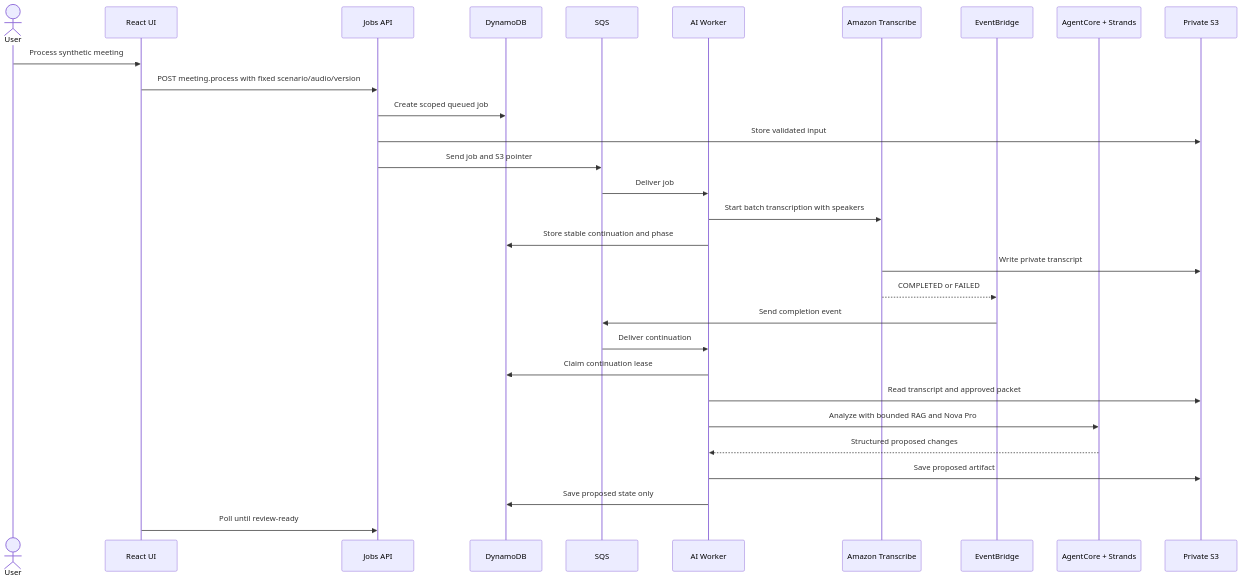
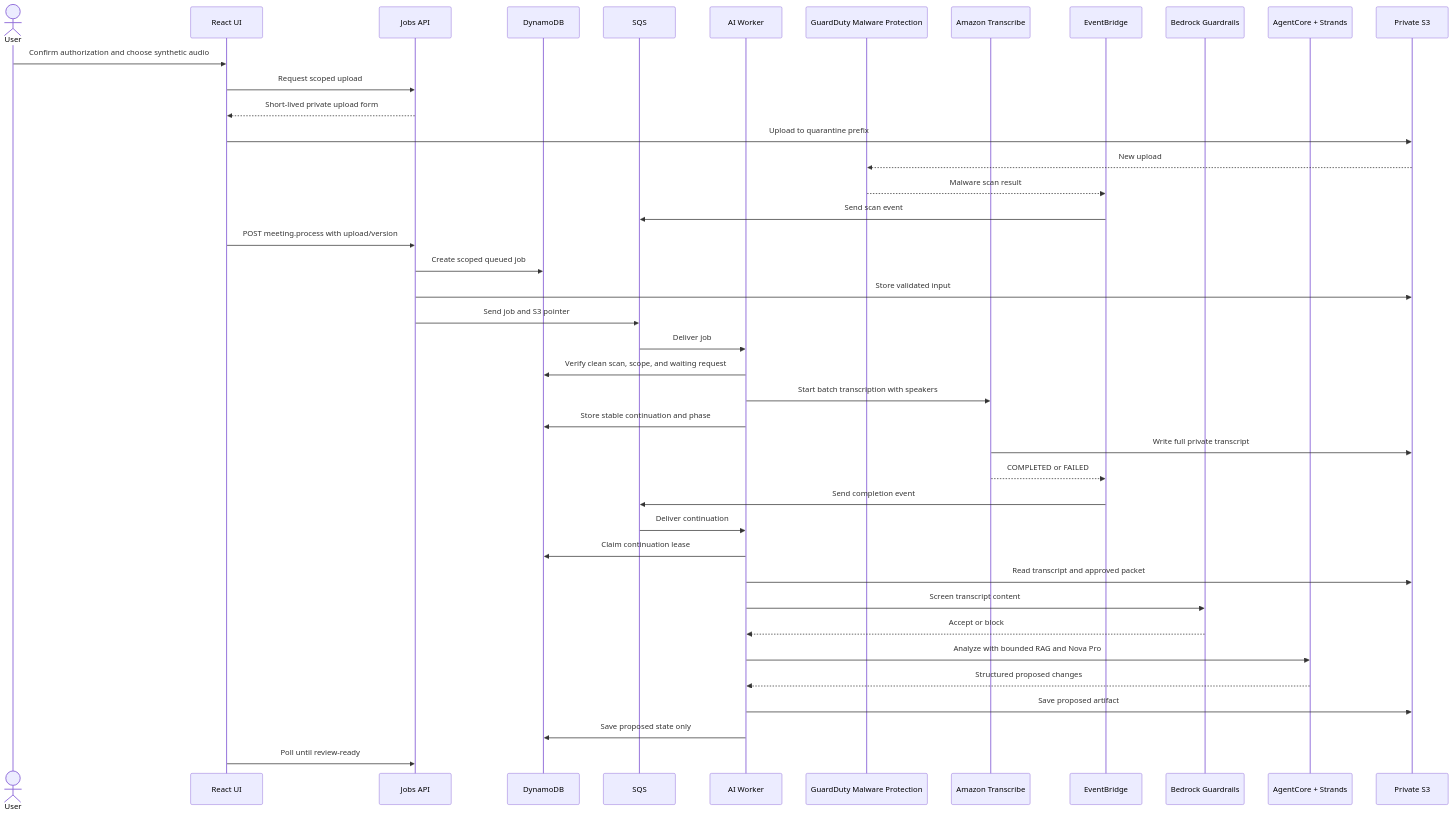
Before and after one commit to aadams35/Pilarprep: the diagram in docs/agentic-rag-meeting-intelligence.md, drawn with Mermaid. The commit also changed other lines of this file and 23 other files, not shown here.

Commit message:
feat: secure meeting audio with malware and content screening

```diff
--- a/docs/agentic-rag-meeting-intelligence.md
+++ b/docs/agentic-rag-meeting-intelligence.md
@@ -151,33 +153,44 @@
 ~~~mermaid
 sequenceDiagram
     actor User
     participant UI as React UI
     participant API as Jobs API
     participant DDB as DynamoDB
     participant Q as SQS
     participant W as AI Worker
+    participant GD as GuardDuty Malware Protection
     participant T as Amazon Transcribe
     participant EB as EventBridge
+    participant GR as Bedrock Guardrails
     participant AC as AgentCore + Strands
     participant S3 as Private S3
 
-    User->>UI: Process synthetic meeting
-    UI->>API: POST meeting.process with fixed scenario/audio/version
+    User->>UI: Confirm authorization and choose synthetic audio
+    UI->>API: Request scoped upload
+    API-->>UI: Short-lived private upload form
+    UI->>S3: Upload to quarantine prefix
+    S3-->>GD: New upload
+    GD-->>EB: Malware scan result
+    EB->>Q: Send scan event
+    UI->>API: POST meeting.process with upload/version
     API->>DDB: Create scoped queued job
     API->>S3: Store validated input
     API->>Q: Send job and S3 pointer
     Q->>W: Deliver job
+    W->>DDB: Verify clean scan, scope, and waiting request
     W->>T: Start batch transcription with speakers
     W->>DDB: Store stable continuation and phase
-    T->>S3: Write private transcript
+    T->>S3: Write full private transcript
     T-->>EB: COMPLETED or FAILED
     EB->>Q: Send completion event
     Q->>W: Deliver continuation
     W->>DDB: Claim continuation lease
     W->>S3: Read transcript and approved packet
+    W->>GR: Screen transcript content
+    GR-->>W: Accept or block
     W->>AC: Analyze with bounded RAG and Nova Pro
     AC-->>W: Structured proposed changes
     W->>S3: Save proposed artifact
     W->>DDB: Save proposed state only
     UI->>API: Poll until review-ready
 ~~~
```
